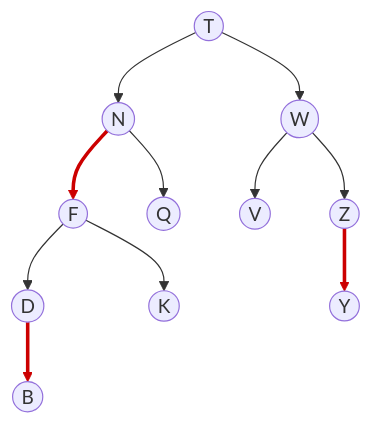
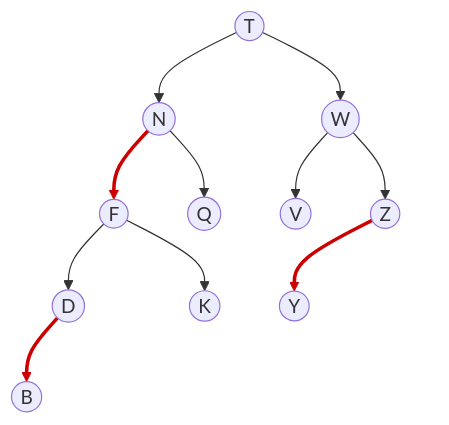
One commit to tmtxt/tmtxt.github.com changed the sixth of 17 diagrams in _drafts/2018-09-25-red-black-bst.md. Above: the diagram before and after it, drawn with Mermaid.

```diff
--- a/_drafts/2018-09-25-red-black-bst.md
+++ b/_drafts/2018-09-25-red-black-bst.md
@@ -97,18 +97,22 @@
 <div class="mermaid">
 graph TD
   T((T)) --> N((N))
   T --> W((W))
   N --> F((F))
   N --> Q((Q))
   F --> D((D))
   F --> K((K))
   D --> B((B))
+  D ~~~ Dpad(( ))
   W --> V((V))
   W --> Z((Z))
   Z --> Y((Y))
+  Z ~~~ Zpad(( ))
 
 linkStyle 2 stroke:#c00,stroke-width:3px
 linkStyle 6 stroke:#c00,stroke-width:3px
-linkStyle 9 stroke:#c00,stroke-width:3px
+linkStyle 10 stroke:#c00,stroke-width:3px
+style Dpad fill:transparent,stroke:transparent
+style Zpad fill:transparent,stroke:transparent
 
 </div>
```
